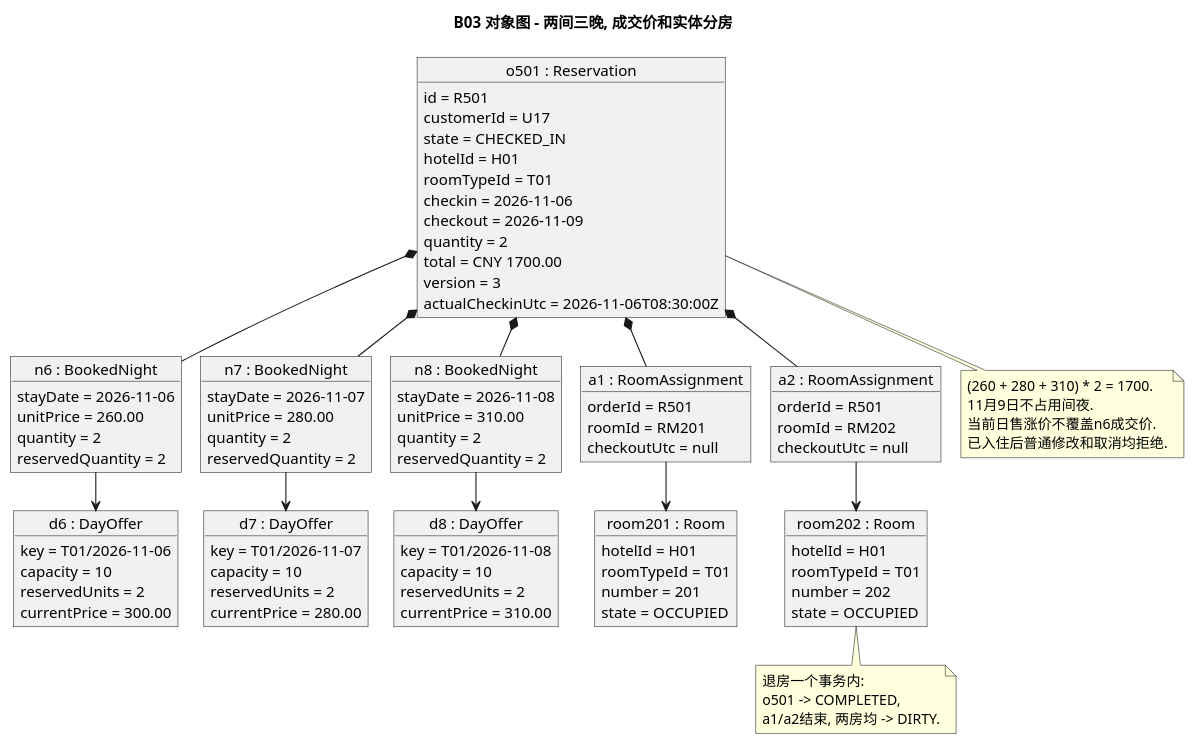
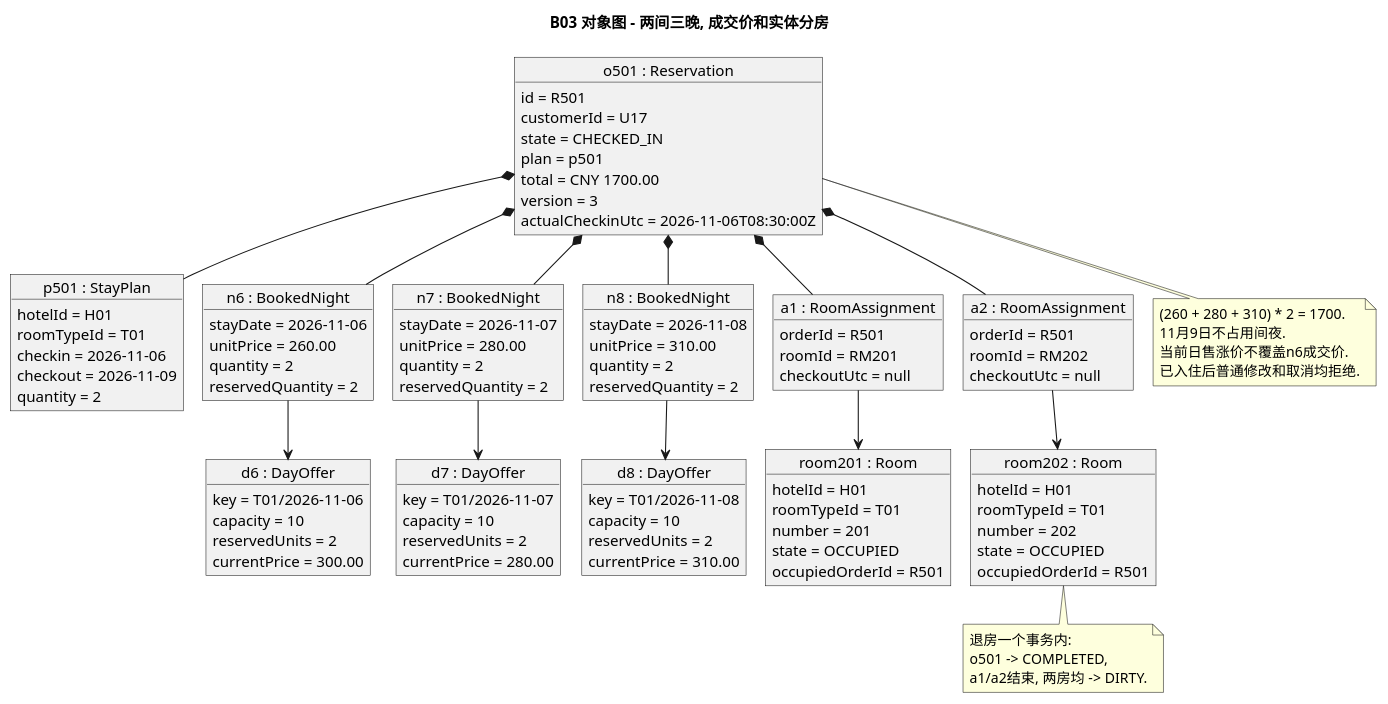
Before and after one commit to Blue-Night-gy/se-lab3: the diagram in lab2/UML/B03-multi-room-object.puml, drawn with PlantUML. The commit also changed 59 other files, not shown here.

```diff
--- a/lab2/UML/B03-multi-room-object.puml
+++ b/lab2/UML/B03-multi-room-object.puml
@@ -1,97 +1,103 @@
 @startuml
 !pragma layout smetana
 skinparam defaultFontName Noto Sans SC
 title B03 对象图 - 两间三晚, 成交价和实体分房
 object "o501 : Reservation" as O {
   id = R501
   customerId = U17
   state = CHECKED_IN
+  plan = p501
+  total = CNY 1700.00
+  version = 3
+  actualCheckinUtc = 2026-11-06T08:30:00Z
+}
+object "p501 : StayPlan" as P {
   hotelId = H01
   roomTypeId = T01
   checkin = 2026-11-06
   checkout = 2026-11-09
   quantity = 2
-  total = CNY 1700.00
-  version = 3
-  actualCheckinUtc = 2026-11-06T08:30:00Z
 }
 object "n6 : BookedNight" as N6 {
   stayDate = 2026-11-06
   unitPrice = 260.00
   quantity = 2
   reservedQuantity = 2
 }
 object "n7 : BookedNight" as N7 {
   stayDate = 2026-11-07
   unitPrice = 280.00
   quantity = 2
   reservedQuantity = 2
 }
 object "n8 : BookedNight" as N8 {
   stayDate = 2026-11-08
   unitPrice = 310.00
   quantity = 2
   reservedQuantity = 2
 }
 object "d6 : DayOffer" as D6 {
   key = T01/2026-11-06
   capacity = 10
   reservedUnits = 2
   currentPrice = 300.00
 }
 object "d7 : DayOffer" as D7 {
   key = T01/2026-11-07
   capacity = 10
   reservedUnits = 2
   currentPrice = 280.00
 }
 object "d8 : DayOffer" as D8 {
   key = T01/2026-11-08
   capacity = 10
   reservedUnits = 2
   currentPrice = 310.00
 }
 object "a1 : RoomAssignment" as A1 {
   orderId = R501
   roomId = RM201
   checkoutUtc = null
 }
 object "a2 : RoomAssignment" as A2 {
   orderId = R501
   roomId = RM202
   checkoutUtc = null
 }
 object "room201 : Room" as R201 {
   hotelId = H01
   roomTypeId = T01
   number = 201
   state = OCCUPIED
+  occupiedOrderId = R501
 }
 object "room202 : Room" as R202 {
   hotelId = H01
   roomTypeId = T01
   number = 202
   state = OCCUPIED
+  occupiedOrderId = R501
 }
+O *-- P
 O *-- N6
 O *-- N7
 O *-- N8
 N6 --> D6
 N7 --> D7
 N8 --> D8
 O *-- A1
 O *-- A2
 A1 --> R201
 A2 --> R202
 note bottom of O
 (260 + 280 + 310) * 2 = 1700.
 11月9日不占用间夜.
 当前日售涨价不覆盖n6成交价.
 已入住后普通修改和取消均拒绝.
 end note
 note bottom of R202
 退房一个事务内:
 o501 -> COMPLETED,
 a1/a2结束, 两房均 -> DIRTY.
 end note
 @enduml
```
